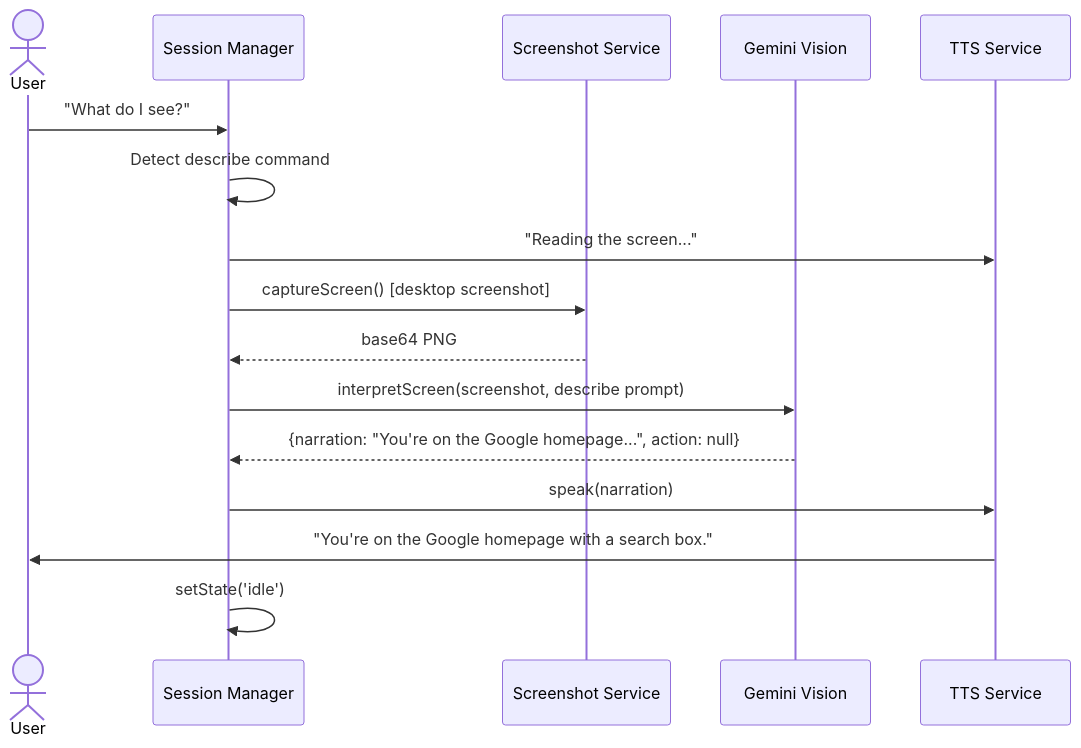
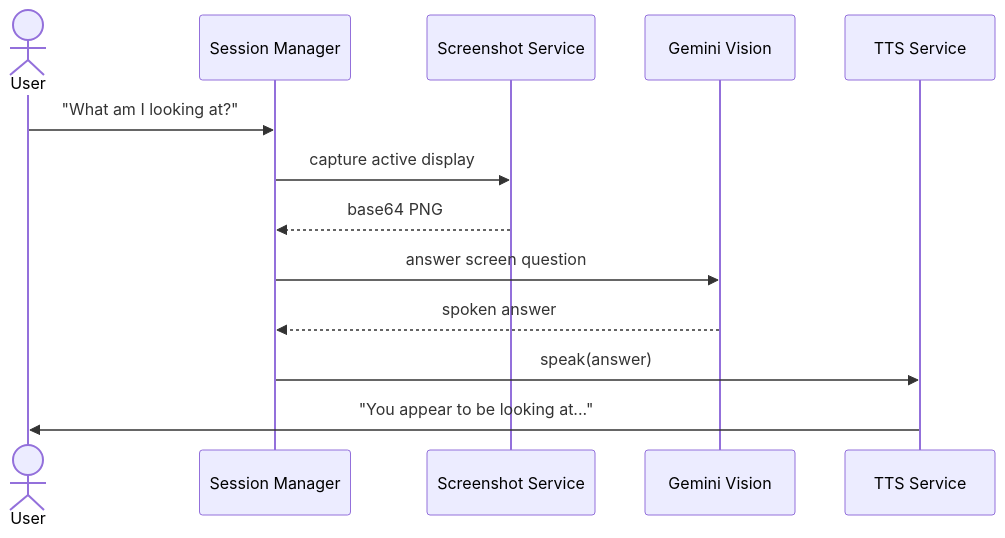
One commit to Manoj7ar/Sally changed the fourth of 7 diagrams in docs/architecture.md. Above: the diagram before and after it, drawn with Mermaid. The commit also changed other lines of this file and 21 other files, not shown here.

````diff
--- a/docs/architecture.md
+++ b/docs/architecture.md
@@ -749,19 +804,16 @@
 ```mermaid
 sequenceDiagram
     actor User
     participant SES as Session Manager
     participant SCR as Screenshot Service
     participant GEM as Gemini Vision
     participant TTS as TTS Service
 
-    User->>SES: "What do I see?"
-    SES->>SES: Detect describe command
-    SES->>TTS: "Reading the screen..."
-    SES->>SCR: captureScreen() [desktop screenshot]
+    User->>SES: "What am I looking at?"
+    SES->>SCR: capture active display
     SCR-->>SES: base64 PNG
-    SES->>GEM: interpretScreen(screenshot, describe prompt)
-    GEM-->>SES: {narration: "You're on the Google homepage...", action: null}
-    SES->>TTS: speak(narration)
-    TTS->>User: "You're on the Google homepage with a search box."
-    SES->>SES: setState('idle')
+    SES->>GEM: answer screen question
+    GEM-->>SES: spoken answer
+    SES->>TTS: speak(answer)
+    TTS->>User: "You appear to be looking at..."
 ```
````
